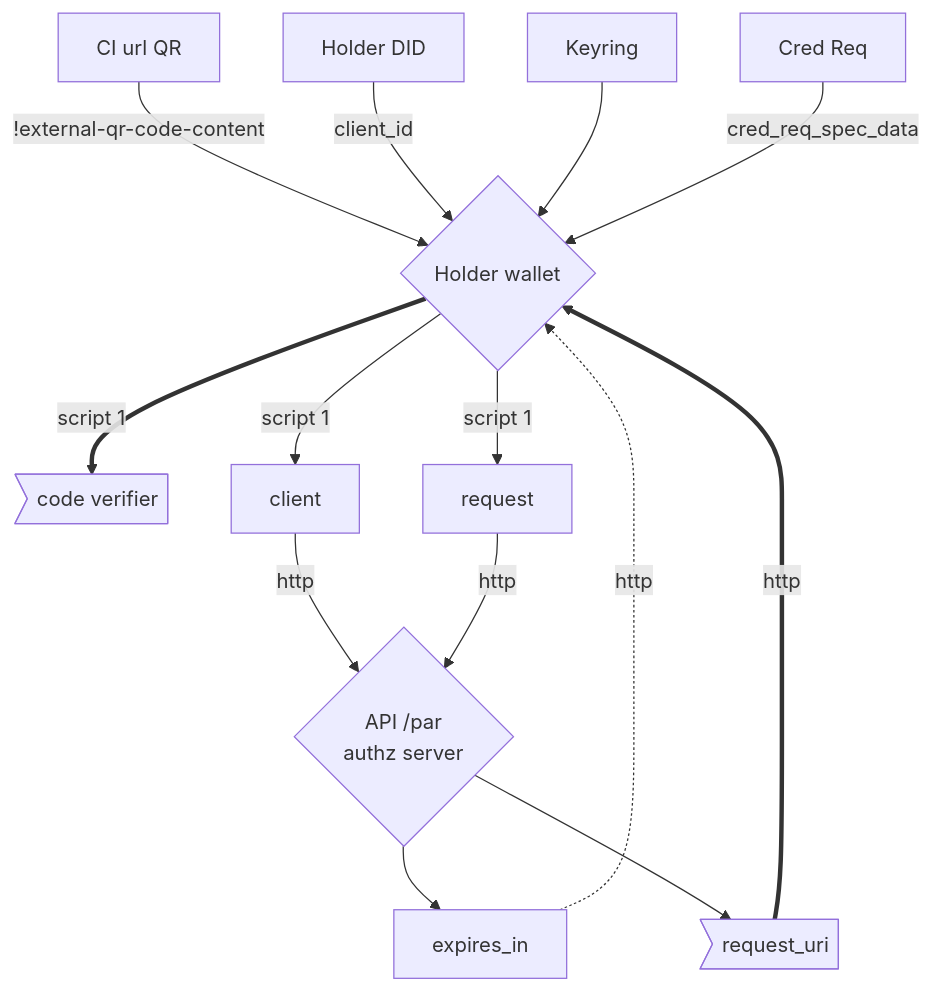
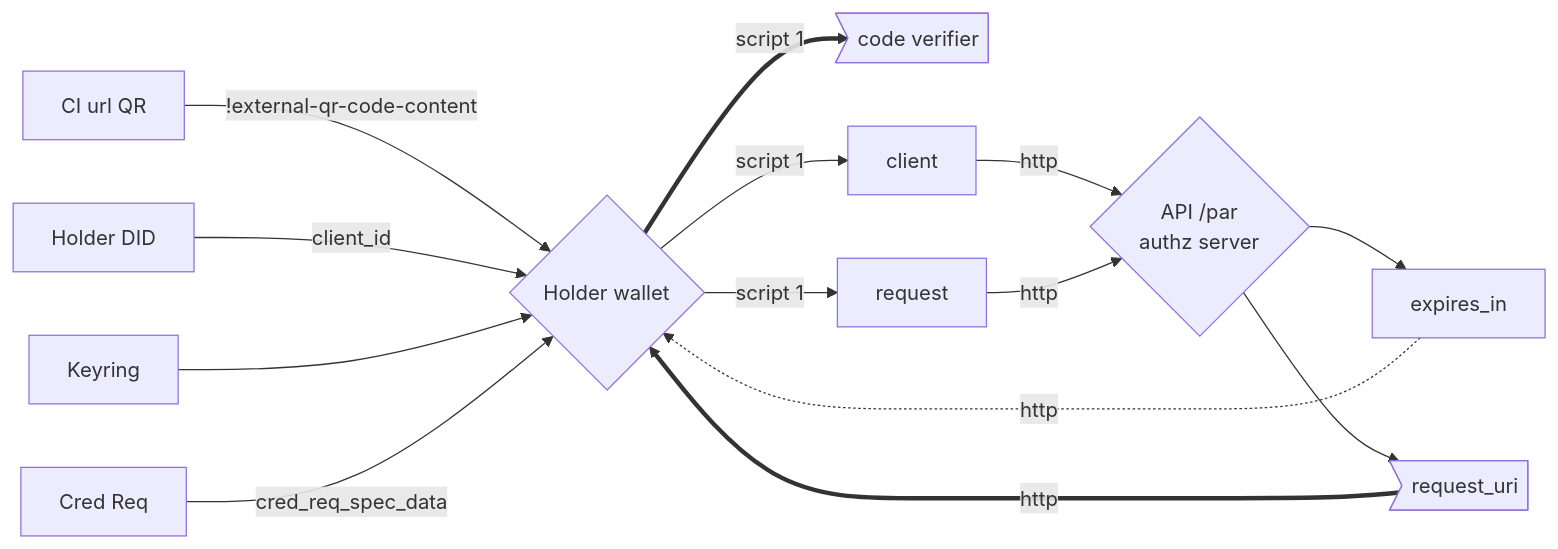
The second of 3 diagrams in wallet/auth-flow.md (ForkbombEu/mobile_zencode), drawn with Mermaid before and after one commit. The commit also changed other lines of this file, not shown here.

Commit message:
auth flow diagrams switch to left-right

````diff
--- a/wallet/auth-flow.md
+++ b/wallet/auth-flow.md
@@ -34,13 +34,13 @@
 ```mermaid
-flowchart TD
+flowchart LR
     A[CI url QR] -->|!external-qr-code-content| B
     D[Holder DID] -->|client_id| B
     K[Keyring] --> B
     R[Cred Req] -->|cred_req_spec_data| B
     B{Holder wallet}
     B ==>|script 1| code_ver>code verifier]
     B -->|script 1| client -->|http| par{API /par\nauthz server}
     B -->|script 1| request -->|http| par
     par --> exp[expires_in] .->|http| B
     par --> requr>request_uri] ==>|http| B
 ```
````
